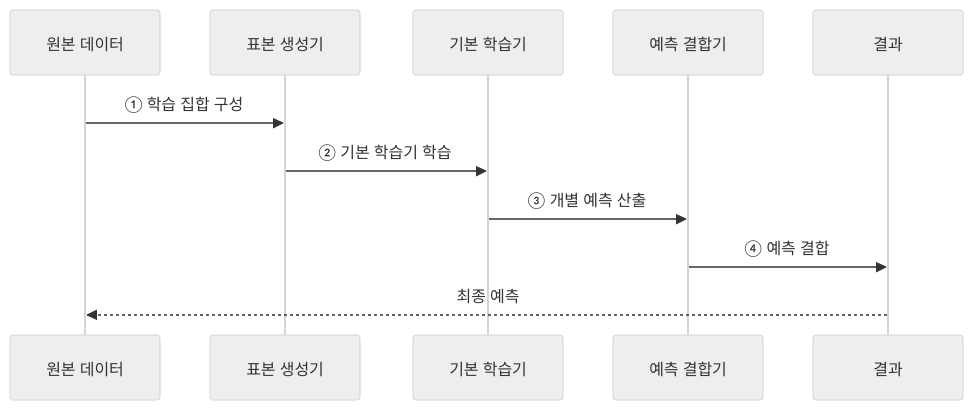
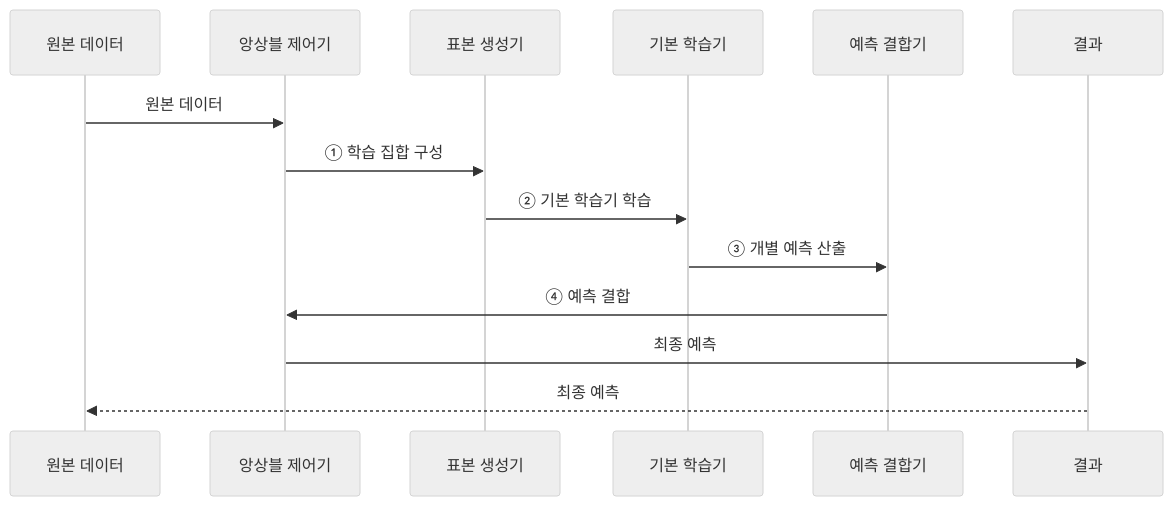
The second of 2 diagrams in src/content/docs/notes/01-basic-theory/052_ensemble_learning.md (agnusdei1207/knowledge-base), drawn with Mermaid (neutral theme) before and after one commit. The commit also changed other lines of this file and 10 other files, not shown here.

````diff
--- a/src/content/docs/notes/01-basic-theory/052_ensemble_learning.md
+++ b/src/content/docs/notes/01-basic-theory/052_ensemble_learning.md
@@ -94,13 +77,16 @@
 ```mermaid
 sequenceDiagram
     participant D as 원본 데이터
+    participant C as 앙상블 제어기
     participant S as 표본 생성기
     participant B as 기본 학습기
     participant A as 예측 결합기
     participant Y as 결과
-    D->>S: ① 학습 집합 구성
+    D->>C: 원본 데이터
+    C->>S: ① 학습 집합 구성
     S->>B: ② 기본 학습기 학습
     B->>A: ③ 개별 예측 산출
-    A->>Y: ④ 예측 결합
+    A->>C: ④ 예측 결합
+    C->>Y: 최종 예측
     Y-->>D: 최종 예측
 ```
````
